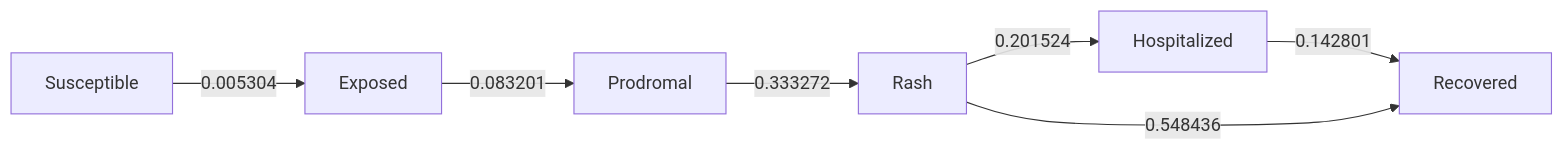
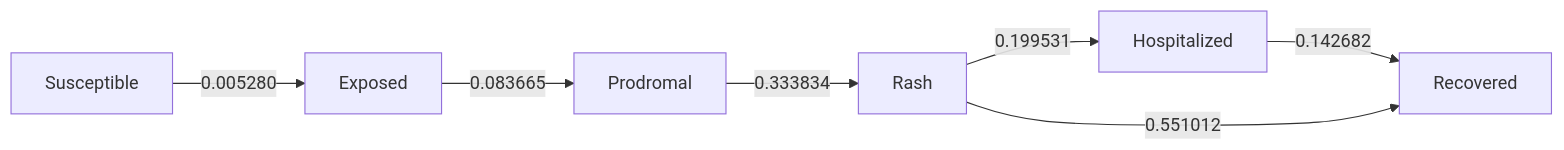
The diagram in scenarios/canyon_grove_58/README.md (EpiForeSITE/epiworld-measles), drawn with Mermaid before and after one commit. The commit also changed other lines of this file and 41 other files, not shown here.

````diff
--- a/scenarios/canyon_grove_58/README.md
+++ b/scenarios/canyon_grove_58/README.md
@@ -136,16 +103,16 @@
 ``` mermaid
 flowchart LR
     s0[Exposed]
     s1[Hospitalized]
     s2[Prodromal]
     s3[Rash]
     s4[Recovered]
     s5[Susceptible]
-    s0 -->|0.083201| s2
-    s1 -->|0.142801| s4
-    s2 -->|0.333272| s3
-    s3 -->|0.201524| s1
-    s3 -->|0.548436| s4
-    s5 -->|0.005304| s0
+    s0 -->|0.083665| s2
+    s1 -->|0.142682| s4
+    s2 -->|0.333834| s3
+    s3 -->|0.199531| s1
+    s3 -->|0.551012| s4
+    s5 -->|0.005280| s0
 
 ```
````
